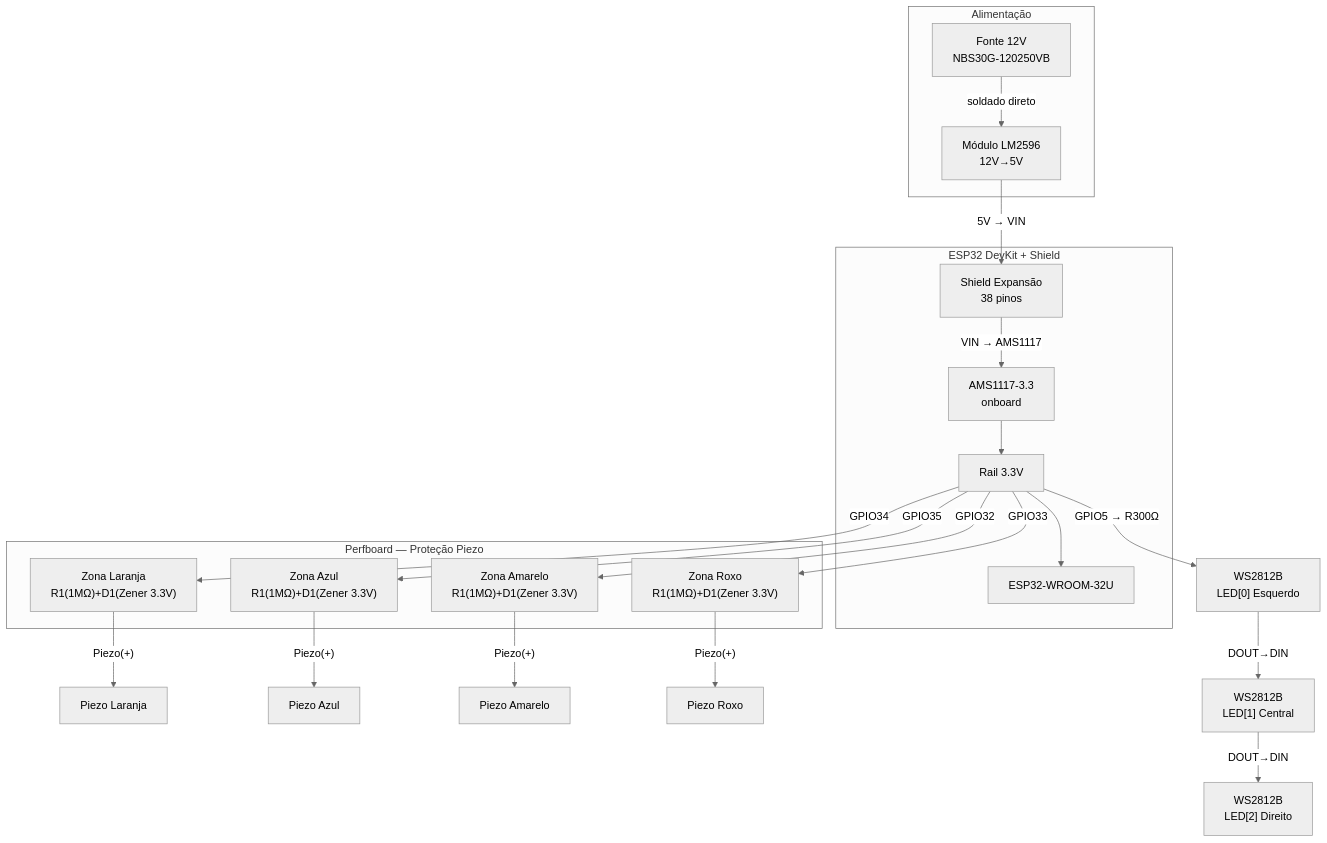
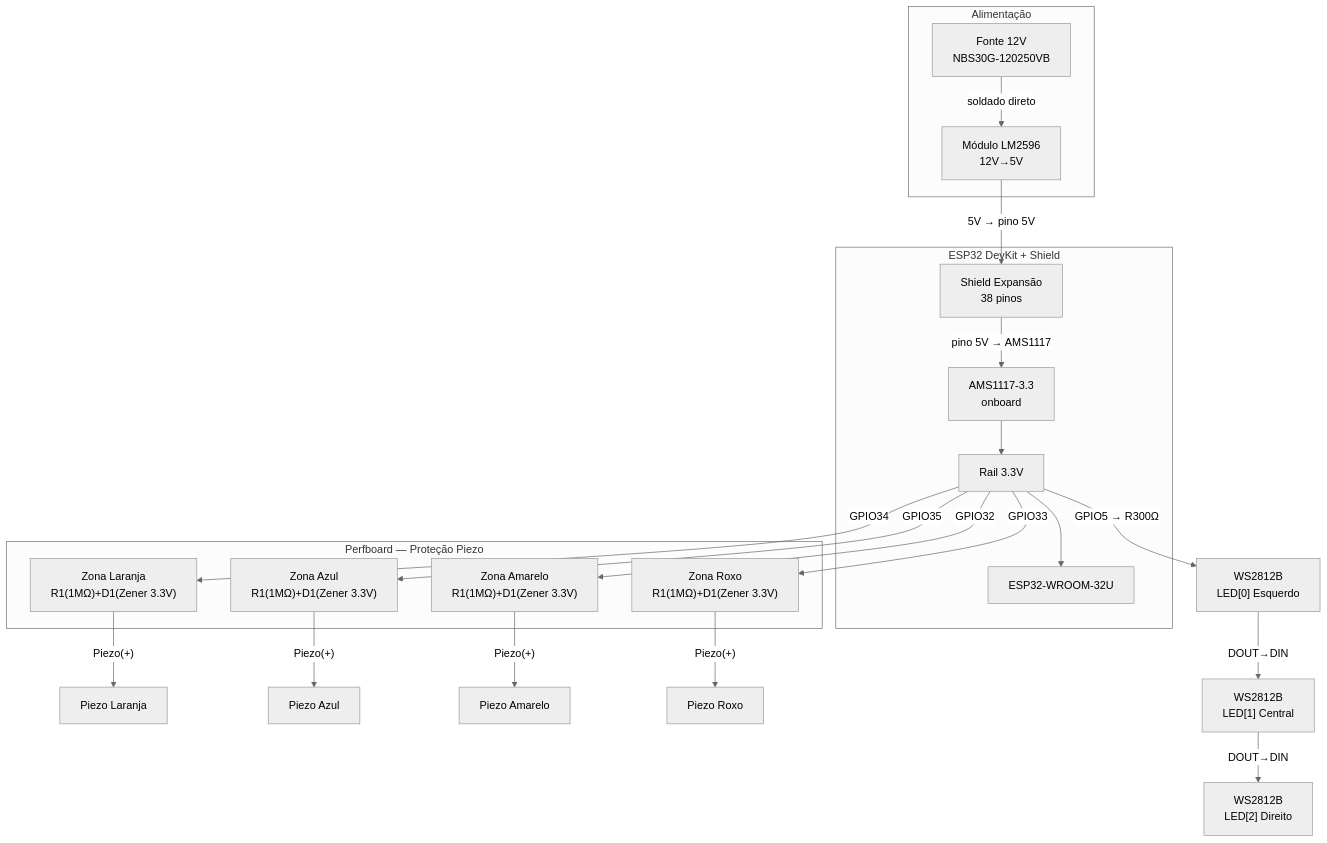
Before and after one commit to engsofjvolfe/42: the diagram in hardware/09_conexoes.md, drawn with Mermaid (neutral theme). The commit also changed other lines of this file, not shown here.

First line of the commit message:
fix(conexoes): corrige rótulo VIN→pino 5V em diagramas, tabela e CA-09-01

````diff
--- a/hardware/09_conexoes.md
+++ b/hardware/09_conexoes.md
@@ -42,40 +42,40 @@
 ```mermaid
 flowchart TD
     subgraph ALIMENTACAO["Alimentação"]
         FONTE["Fonte 12V\nNBS30G-120250VB"]
         LM["Módulo LM2596\n12V→5V"]
         FONTE -->|soldado direto| LM
     end
 
     subgraph ESP32_SYSTEM["ESP32 DevKit + Shield"]
         SHIELD["Shield Expansão\n38 pinos"]
         AMS["AMS1117-3.3\nonboard"]
         ESP["ESP32-WROOM-32U"]
         RAIL33["Rail 3.3V"]
-        LM -->|"5V → VIN"| SHIELD
-        SHIELD -->|"VIN → AMS1117"| AMS
+        LM -->|"5V → pino 5V"| SHIELD
+        SHIELD -->|"pino 5V → AMS1117"| AMS
         AMS --> RAIL33
         RAIL33 --> ESP
     end
 
     subgraph PROTECAO["Perfboard — Proteção Piezo"]
         PROT1["Zona Laranja\nR1(1MΩ)+D1(Zener 3.3V)"]
         PROT2["Zona Azul\nR1(1MΩ)+D1(Zener 3.3V)"]
         PROT3["Zona Amarelo\nR1(1MΩ)+D1(Zener 3.3V)"]
         PROT4["Zona Roxo\nR1(1MΩ)+D1(Zener 3.3V)"]
     end
 
     RAIL33 -->|GPIO34| PROT1
     RAIL33 -->|GPIO35| PROT2
     RAIL33 -->|GPIO32| PROT3
     RAIL33 -->|GPIO33| PROT4
 
     PROT1 -->|"Piezo(+)"| PZ1["Piezo Laranja"]
     PROT2 -->|"Piezo(+)"| PZ2["Piezo Azul"]
     PROT3 -->|"Piezo(+)"| PZ3["Piezo Amarelo"]
     PROT4 -->|"Piezo(+)"| PZ4["Piezo Roxo"]
 
     RAIL33 -->|"GPIO5 → R300Ω"| LED0["WS2812B\nLED[0] Esquerdo"]
     LED0 -->|DOUT→DIN| LED1["WS2812B\nLED[1] Central"]
     LED1 -->|DOUT→DIN| LED2["WS2812B\nLED[2] Direito"]
 ```
````
